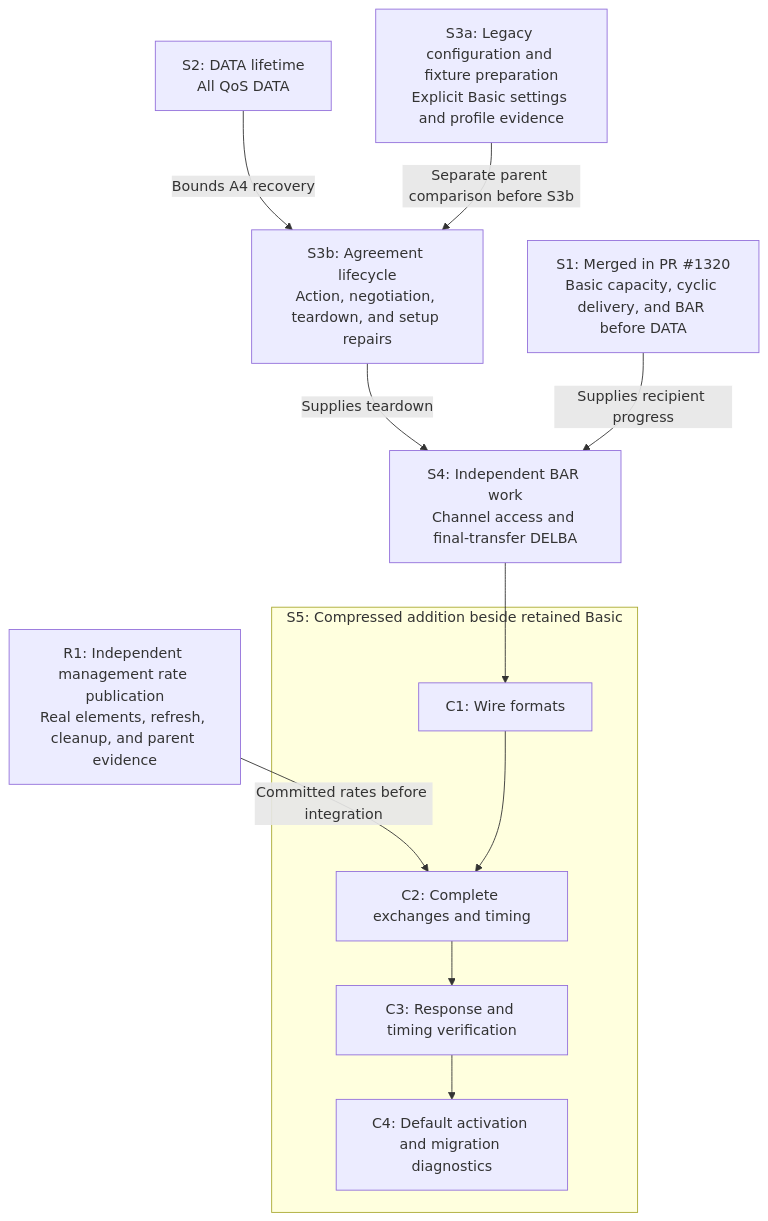
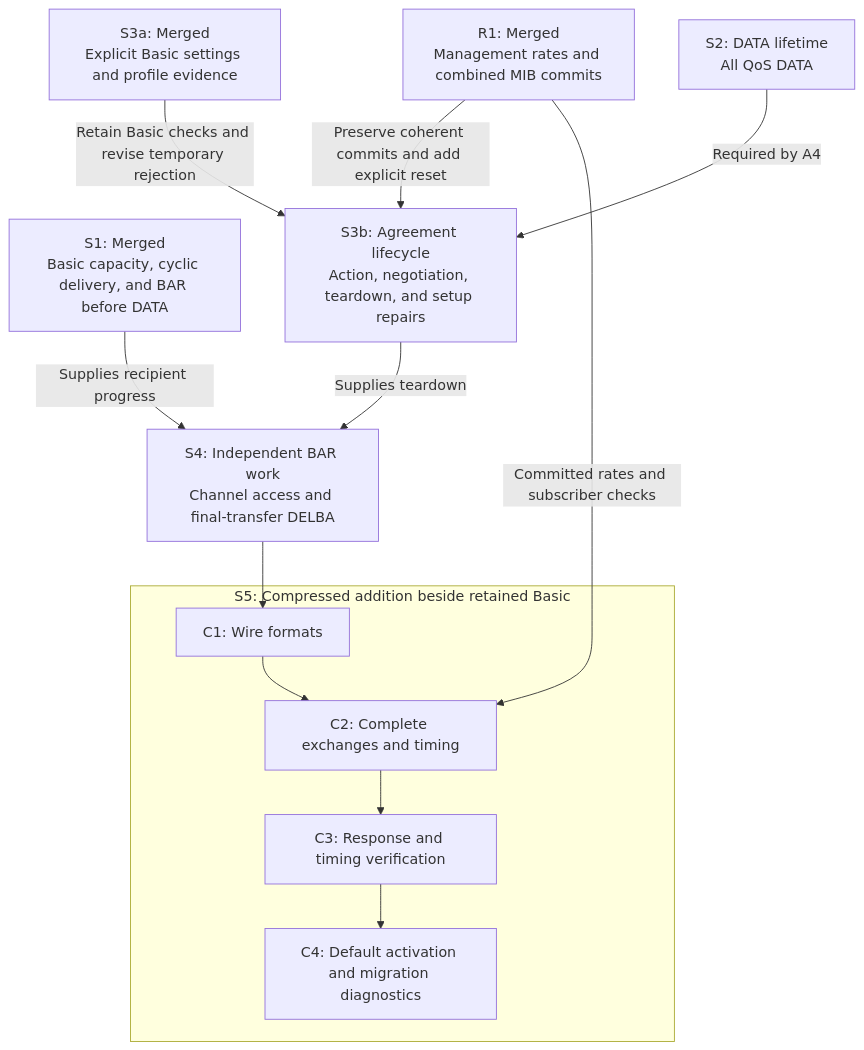
One commit to inet-framework/inet changed the fourth of 5 diagrams in plan/pending/ieee80211-compressed-blockack-replacement-summary.md. Above: the diagram before and after it, drawn with Mermaid. The commit also changed other lines of this file and 33 other files, not shown here.

````diff
--- a/plan/pending/ieee80211-compressed-blockack-replacement-summary.md
+++ b/plan/pending/ieee80211-compressed-blockack-replacement-summary.md
@@ -321,15 +329,16 @@
 ```mermaid
 flowchart TD
-    S1["S1: Merged in PR #1320<br/>Basic capacity, cyclic delivery, and BAR before DATA"]
-    S2["S2: DATA lifetime<br/>All QoS DATA"] -->|"Bounds A4 recovery"| S3b["S3b: Agreement lifecycle<br/>Action, negotiation, teardown, and setup repairs"]
-    S3a["S3a: Legacy configuration and fixture preparation<br/>Explicit Basic settings and profile evidence"] -->|"Separate parent comparison before S3b"| S3b
+    S1["S1: Merged<br/>Basic capacity, cyclic delivery, and BAR before DATA"]
+    S2["S2: DATA lifetime<br/>All QoS DATA"] -->|"Required by A4"| S3b["S3b: Agreement lifecycle<br/>Action, negotiation, teardown, and setup repairs"]
+    S3a["S3a: Merged<br/>Explicit Basic settings and profile evidence"] -->|"Retain Basic checks and revise temporary rejection"| S3b
     S3b -->|"Supplies teardown"| S4["S4: Independent BAR work<br/>Channel access and final-transfer DELBA"]
     S1 -->|"Supplies recipient progress"| S4
     S4 --> C1
-    R1["R1: Independent management rate publication<br/>Real elements, refresh, cleanup, and parent evidence"] -->|"Committed rates before integration"| C2
+    R1["R1: Merged<br/>Management rates and combined MIB commits"] -->|"Committed rates and subscriber checks"| C2
+    R1 -->|"Preserve coherent commits and add explicit reset"| S3b
     subgraph S5["S5: Compressed addition beside retained Basic"]
         C1["C1: Wire formats"] --> C2["C2: Complete exchanges and timing"]
         C2 --> C3["C3: Response and timing verification"]
         C3 --> C4["C4: Default activation and migration diagnostics"]
     end
 ```
````
